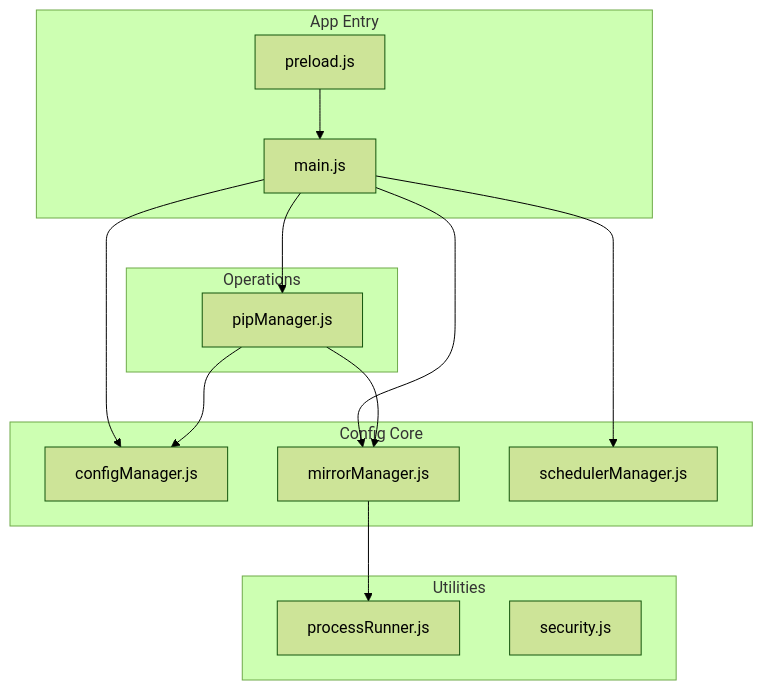
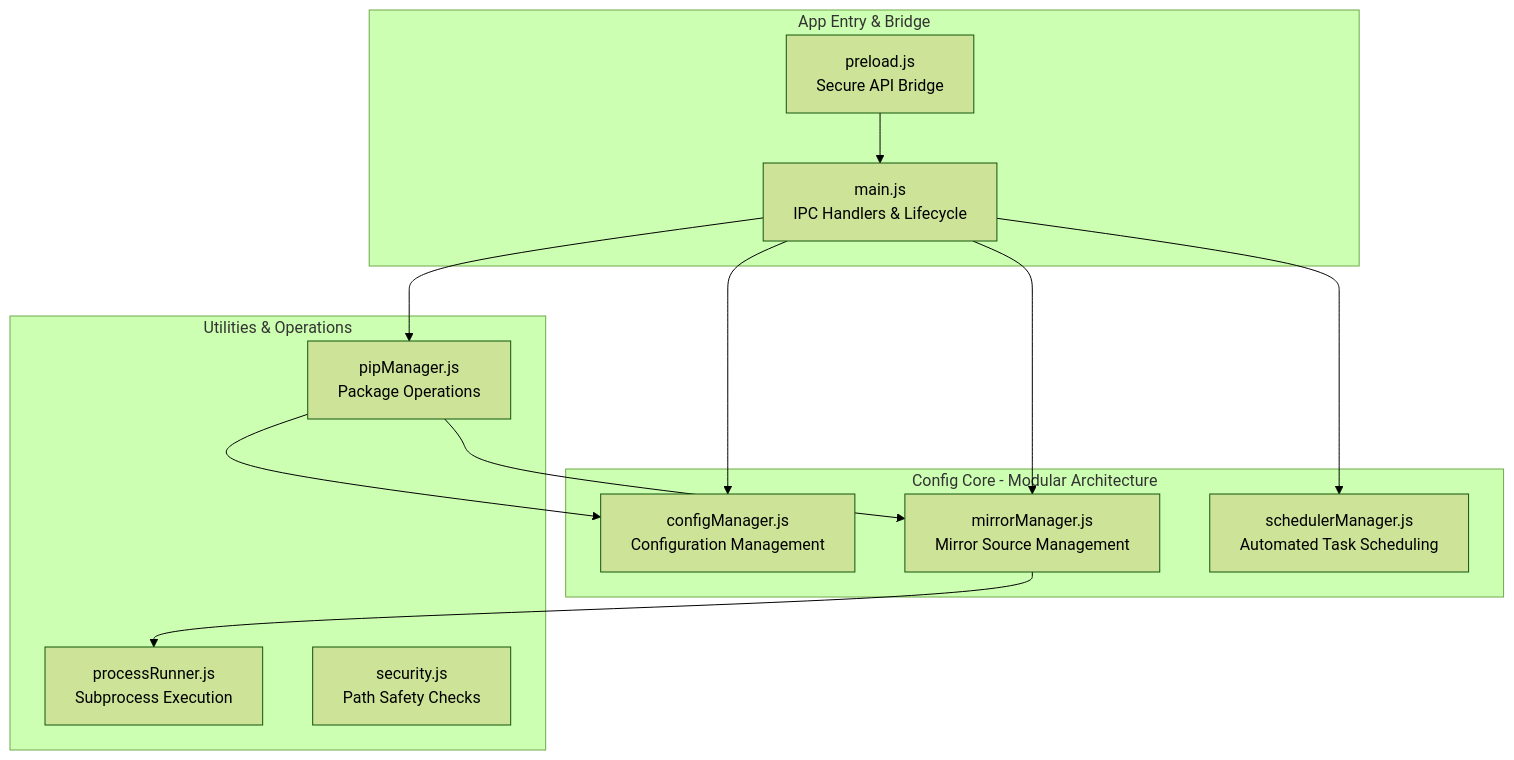
Before and after one commit to SoftheartedYYC/PyLibMaster: the first of 7 diagrams in docs/en/content/Core Features/Configuration System/Configuration System.md, drawn with Mermaid (forest theme). The commit also changed other lines of this file and 72 other files, not shown here.

````diff
--- a/docs/en/content/Core Features/Configuration System/Configuration System.md
+++ b/docs/en/content/Core Features/Configuration System/Configuration System.md
@@ -49,27 +62,25 @@
 ```mermaid
 graph TB
-subgraph "Config Core"
-CM["configManager.js"]
-MM["mirrorManager.js"]
-SM["schedulerManager.js"]
+subgraph "Config Core - Modular Architecture"
+CM["configManager.js<br/>Configuration Management"]
+MM["mirrorManager.js<br/>Mirror Source Management"]
+SM["schedulerManager.js<br/>Automated Task Scheduling"]
 end
-subgraph "App Entry"
-MAIN["main.js"]
-PRELOAD["preload.js"]
+subgraph "App Entry & Bridge"
+MAIN["main.js<br/>IPC Handlers & Lifecycle"]
+PRELOAD["preload.js<br/>Secure API Bridge"]
 end
-subgraph "Utilities"
-PR["processRunner.js"]
-SEC["security.js"]
-end
-subgraph "Operations"
-PM["pipManager.js"]
+subgraph "Utilities & Operations"
+PR["processRunner.js<br/>Subprocess Execution"]
+SEC["security.js<br/>Path Safety Checks"]
+PM["pipManager.js<br/>Package Operations"]
 end
 MAIN --> CM
 MAIN --> MM
 MAIN --> SM
 PRELOAD --> MAIN
 MM --> PR
 PM --> CM
 PM --> MM
 MAIN --> PM
 ```
````
